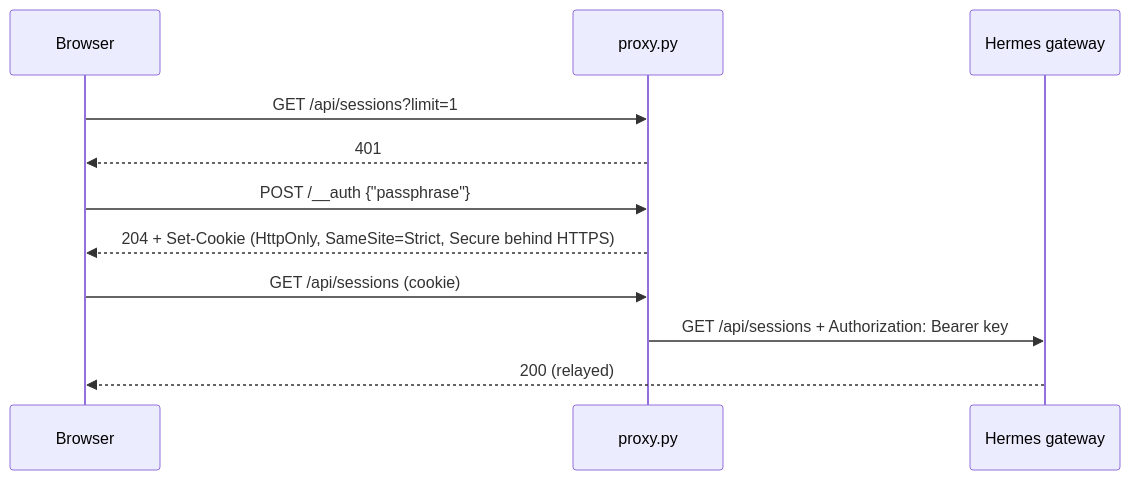
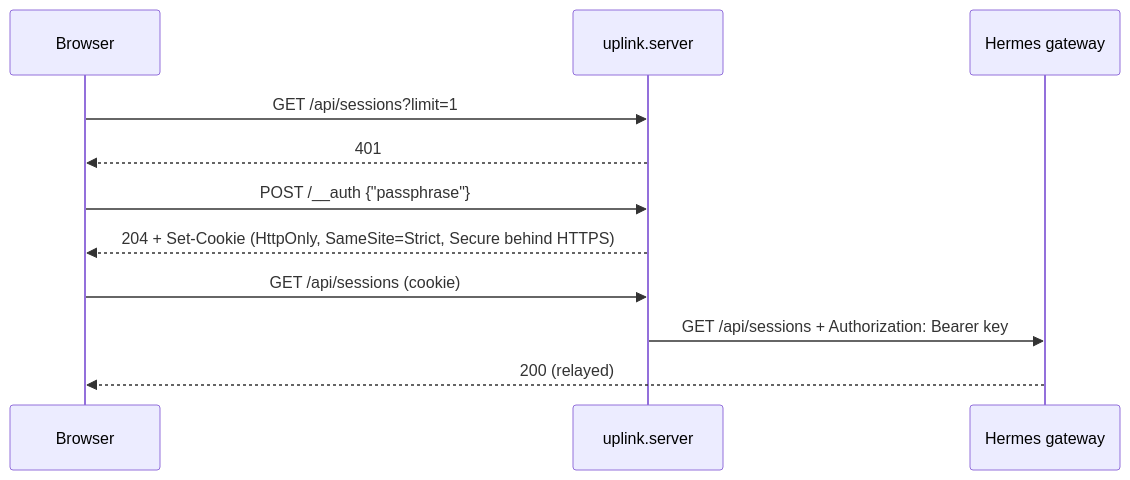
The second of 2 diagrams in ARCHITECTURE.md (mr-september/hermes-uplink), drawn with Mermaid before and after one commit. The commit also changed other lines of this file and 41 other files, not shown here.

````diff
--- a/ARCHITECTURE.md
+++ b/ARCHITECTURE.md
@@ -57,13 +79,13 @@
 ```mermaid
 sequenceDiagram
     participant B as Browser
-    participant P as proxy.py
+    participant P as uplink.server
     participant G as Hermes gateway
     B->>P: GET /api/sessions?limit=1
     P-->>B: 401
     B->>P: POST /__auth {"passphrase"}
     P-->>B: 204 + Set-Cookie (HttpOnly, SameSite=Strict, Secure behind HTTPS)
     B->>P: GET /api/sessions (cookie)
     P->>G: GET /api/sessions + Authorization: Bearer key
     G-->>B: 200 (relayed)
 ```
````
